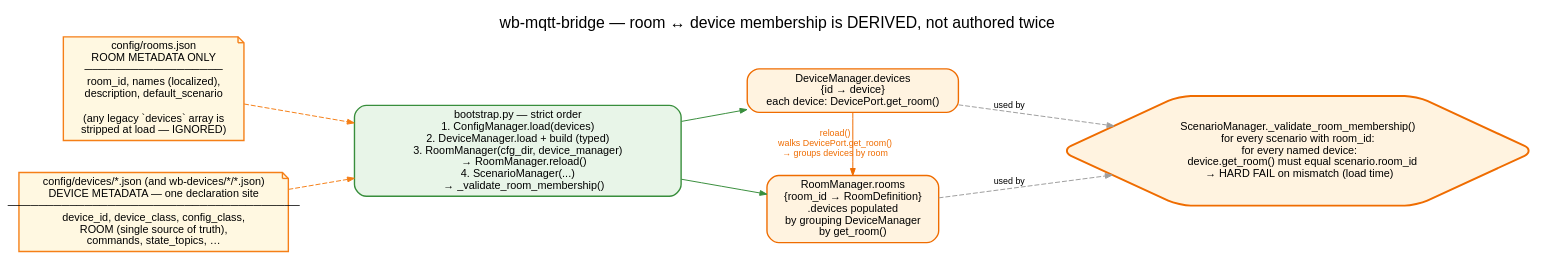
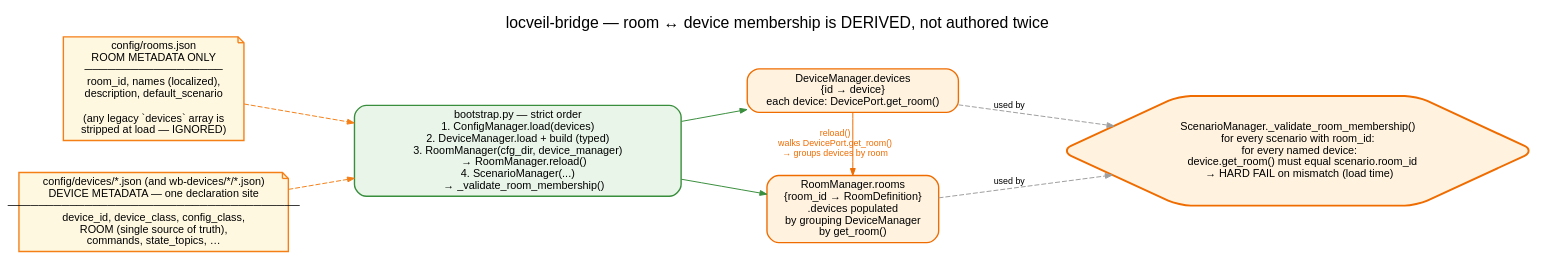
Before and after one commit to droman42/wb-mqtt-bridge: the diagram in docs/images/room-membership.dot, drawn with Graphviz. The commit also changed 34 other files, not shown here.

```diff
--- a/docs/images/room-membership.dot
+++ b/docs/images/room-membership.dot
@@ -1,47 +1,47 @@
-// wb-mqtt-bridge — single source of truth for room ↔ device membership. Render:
+// locveil-bridge — single source of truth for room ↔ device membership. Render:
 //   dot -Tpng docs/images/room-membership.dot -o docs/images/room-membership.png
 // Palette: see hexagon.dot header.
 digraph room_membership {
   rankdir=LR;
   bgcolor="white";
   splines=spline;
   nodesep=0.45; ranksep=0.9;
   fontname="Helvetica"; labelloc=t; fontsize=16;
-  label="wb-mqtt-bridge — room ↔ device membership is DERIVED, not authored twice";
+  label="locveil-bridge — room ↔ device membership is DERIVED, not authored twice";
 
   node [fontname="Helvetica", fontsize=11, shape=box, style="filled,rounded", penwidth=1.4];
   edge [fontname="Helvetica", fontsize=9, color="#9e9e9e", arrowsize=0.7];
 
   // --- authored declarations (sources of truth) ---
   rooms_json [shape=note, fillcolor="#fff8e1", color="#f57f17",
               label="config/rooms.json\nROOM METADATA ONLY\n──────────────────\nroom_id, names (localized),\ndescription, default_scenario\n\n(any legacy `devices` array is\nstripped at load — IGNORED)"];
 
   device_configs [shape=note, fillcolor="#fff8e1", color="#f57f17",
                   label="config/devices/*.json (and wb-devices/*/*.json)\nDEVICE METADATA — one declaration site\n──────────────────────────────────────\ndevice_id, device_class, config_class,\nROOM (single source of truth),\ncommands, state_topics, …"];
 
   // --- bootstrap ordering ---
   bootstrap [label="bootstrap.py — strict order\n1. ConfigManager.load(devices)\n2. DeviceManager.load + build (typed)\n3. RoomManager(cfg_dir, device_manager)\n     → RoomManager.reload()\n4. ScenarioManager(...)\n     → _validate_room_membership()",
              fillcolor="#e8f5e8", color="#388e3c", width=4.6];
 
   // --- runtime objects ---
   dev_mgr [label="DeviceManager.devices\n{id → device}\neach device: DevicePort.get_room()",
            fillcolor="#fff3e0", color="#ef6c00"];
   room_mgr [label="RoomManager.rooms\n{room_id → RoomDefinition}\n.devices populated\nby grouping DeviceManager\nby get_room()",
             fillcolor="#fff3e0", color="#ef6c00"];
 
   // --- the invariant guard ---
   invariant [label="ScenarioManager._validate_room_membership()\nfor every scenario with room_id:\n  for every named device:\n    device.get_room() must equal scenario.room_id\n  → HARD FAIL on mismatch (load time)",
              fillcolor="#fff3e0", color="#ef6c00", penwidth=2, shape=hexagon];
 
   // edges
   rooms_json     -> bootstrap [style=dashed, color="#f57f17"];
   device_configs -> bootstrap [style=dashed, color="#f57f17"];
   bootstrap      -> dev_mgr   [color="#388e3c"];
   bootstrap      -> room_mgr  [color="#388e3c"];
   dev_mgr        -> room_mgr  [label="reload()\nwalks DevicePort.get_room()\n→ groups devices by room", color="#ef6c00", fontcolor="#ef6c00"];
   room_mgr       -> invariant [label="used by", style=dashed];
   dev_mgr        -> invariant [label="used by", style=dashed];
 
   {rank=same; rooms_json; device_configs}
   {rank=same; dev_mgr; room_mgr}
 }
```
